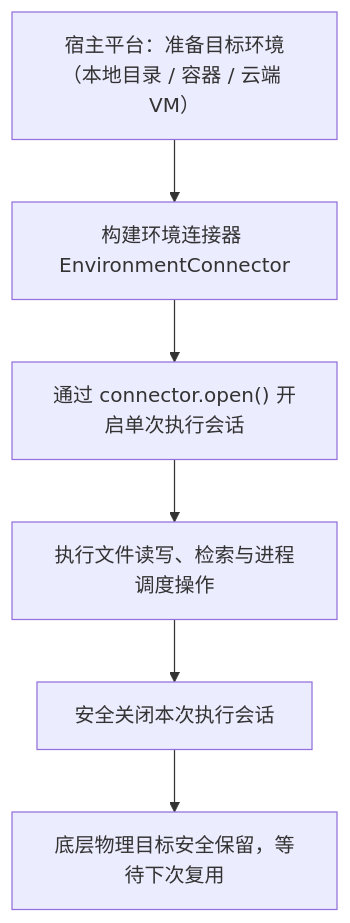
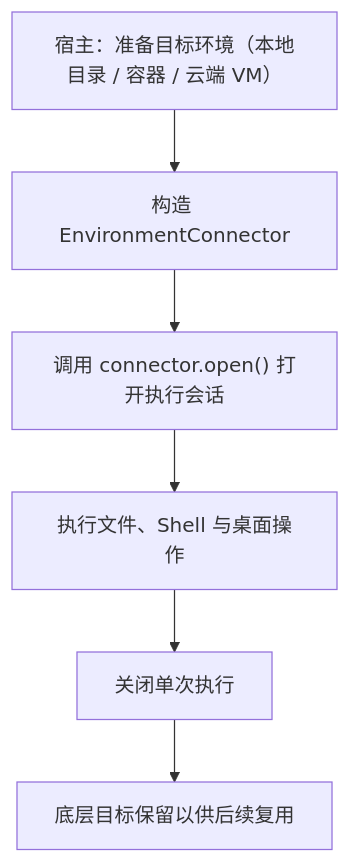
Before and after one commit to converge-ai-labs/agent-foundation: the diagram in docs/environments/index.zh-CN.md, drawn with Mermaid. The commit also changed other lines of this file and 105 other files, not shown here.

Commit message:
docs(guides): restructure bilingual guides around user workflows and verify schemas

````diff
--- a/docs/environments/index.zh-CN.md
+++ b/docs/environments/index.zh-CN.md
@@ -49,12 +49,12 @@
 ```mermaid
 flowchart TB
-    Host["宿主平台：准备目标环境（本地目录 / 容器 / 云端 VM）"] --> Connector["构建环境连接器 EnvironmentConnector"]
-    Connector --> Exec["通过 connector.open() 开启单次执行会话"]
-    Exec --> Ops["执行文件读写、检索与进程调度操作"]
-    Ops --> Close["安全关闭本次执行会话"]
-    Close --> Target["底层物理目标安全保留，等待下次复用"]
+    Host["宿主：准备目标环境（本地目录 / 容器 / 云端 VM）"] --> Connector["构造 EnvironmentConnector"]
+    Connector --> Exec["调用 connector.open() 打开执行会话"]
+    Exec --> Ops["执行文件、Shell 与桌面操作"]
+    Ops --> Close["关闭单次执行"]
+    Close --> Target["底层目标保留以供后续复用"]
 
     class Host app
     class Connector,Exec,Ops,Close a13n
     class Target store
 ```
````
